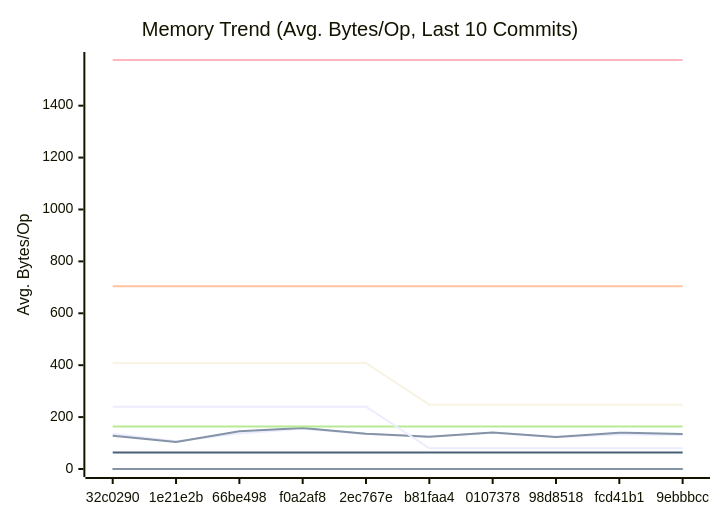
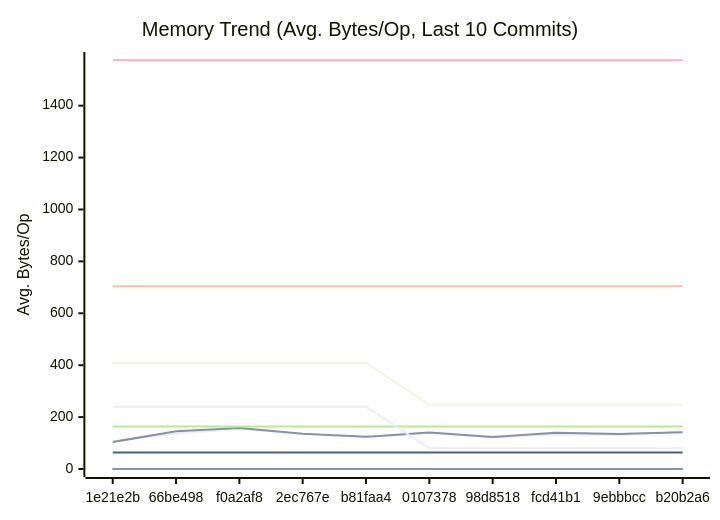
Before and after one commit to alsotoes/momo: the second of 3 diagrams in docs/PERFORMANCE.md, drawn with Mermaid. The commit also changed other lines of this file and 3 other files, not shown here.

````diff
--- a/docs/PERFORMANCE.md
+++ b/docs/PERFORMANCE.md
@@ -171,20 +171,20 @@
 ```mermaid
 xychart-beta
     title "Memory Trend (Avg. Bytes/Op, Last 10 Commits)"
     x-axis "Commit"
     y-axis "Avg. Bytes/Op"
-    x-axis [32c0290,1e21e2b,66be498,f0a2af8,2ec767e,b81faa4,0107378,98d8518,fcd41b1,9ebbbcc]
-    line "AWSChunkedReaderSigned" [135,107,137,155,135,124,140,122,133,131]
-    line "AWSChunkedReaderUnsigned" [128,104,145,158,136,124,141,123,140,135]
+    x-axis [1e21e2b,66be498,f0a2af8,2ec767e,b81faa4,0107378,98d8518,fcd41b1,9ebbbcc,b20b2a6]
+    line "AWSChunkedReaderSigned" [107,137,155,135,124,140,122,133,131,144]
+    line "AWSChunkedReaderUnsigned" [104,145,158,136,124,141,123,140,135,142]
     line "CheckMetricsAndSwap" [0,0,0,0,0,0,0,0,0,0]
     line "CrushOptimized" [0,0,0,0,0,0,0,0,0,0]
     line "CrushOriginal" [164,164,164,164,164,164,164,164,164,164]
     line "IndexDirectTracking" [0,0,0,0,0,0,0,0,0,0]
     line "IndexSearch" [0,0,0,0,0,0,0,0,0,0]
     line "LoadGlobalConfig" [1576,1576,1576,1576,1576,1576,1576,1576,1576,1576]
     line "PadString" [64,64,64,64,64,64,64,64,64,64]
     line "ParseReplicationOrder_NoPrealloc" [408,408,408,408,408,248,248,248,248,248]
     line "ParseReplicationOrder_Prealloc" [240,240,240,240,240,80,80,80,80,80]
     line "SanitizeLog/Safe" [0,0,0,0,0,0,0,0,0,0]
     line "SanitizeLog/Unsafe" [704,704,704,704,704,704,704,704,704,704]
 ```
````
